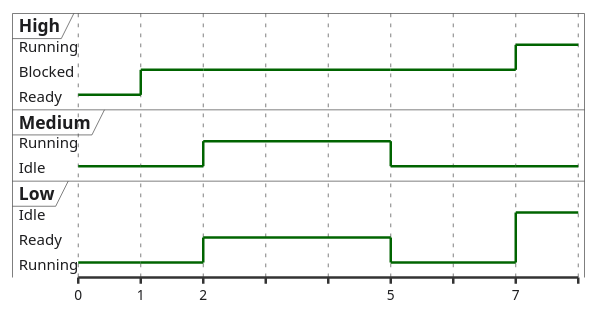
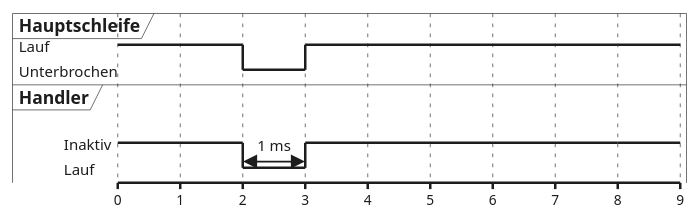
One commit to dantschi/echtzeitsysteme changed the fourth of 8 diagrams in vorlesungen/01_was-ist-echtzeit.qmd. Above: the diagram before and after it, drawn with PlantUML. The commit also changed other lines of this file and 6 other files, not shown here.

````diff
--- a/vorlesungen/01_was-ist-echtzeit.qmd
+++ b/vorlesungen/01_was-ist-echtzeit.qmd
@@ -1143,45 +621,57 @@
 ```{.plantuml}
 @startuml
 skinparam backgroundColor transparent
 skinparam defaultFontName "Inter, sans-serif"
 skinparam defaultFontColor #1D1D1F
 skinparam ArrowColor #86868B
 skinparam NoteBackgroundColor #F5F5F7
 skinparam NoteBorderColor #E5E5EA
 skinparam timing {
   BackgroundColor #FFFFFF
   BorderColor #E5E5EA
   LineColor #1D1D1F
   SignalColor #E2001A
 }
-
-robust "High" as H
-robust "Medium" as M
-robust "Low" as L
-
+<style>
+timingDiagram {
+ FontName sans-serif
+ FontColor #1D1D1F
+ LineColor #1D1D1F
+ arrow {
+  LineColor #86868B
+  FontColor #1D1D1F
+ }
+ robust {
+  FontName sans-serif
+  FontColor #1D1D1F
+  LineColor #1D1D1F
+  BackGroundColor #FFFFFF
+ }
+ concise {
+  FontName sans-serif
+  FontColor #1D1D1F
+  LineColor #1D1D1F
+  BackGroundColor #F5F5F7
+ }
+}
+</style>
+scale 1 as 50 pixels
+robust "Hauptschleife" as M
+M has Lauf,Unterbrochen
+robust "Handler" as H
+H has Inaktiv,Lauf
 @0
-L is Running
-H is Ready
-M is Idle
-
-@1
-H is Blocked
-L is Running
-M is Idle
-
+M is Lauf
+H is Inaktiv
 @2
-M is Running
-L is Ready
-H is Blocked
-
-@5
-L is Running
-M is Idle
-H is Blocked
-
-@7
-H is Running
-L is Idle
-M is Idle
+M is Unterbrochen
+H is Lauf
+@3
+M is Lauf
+H is Inaktiv
+@8
+M is Lauf
+H is Inaktiv
+H@2 <-> @3 : 1 ms
 @enduml
 ```
````
